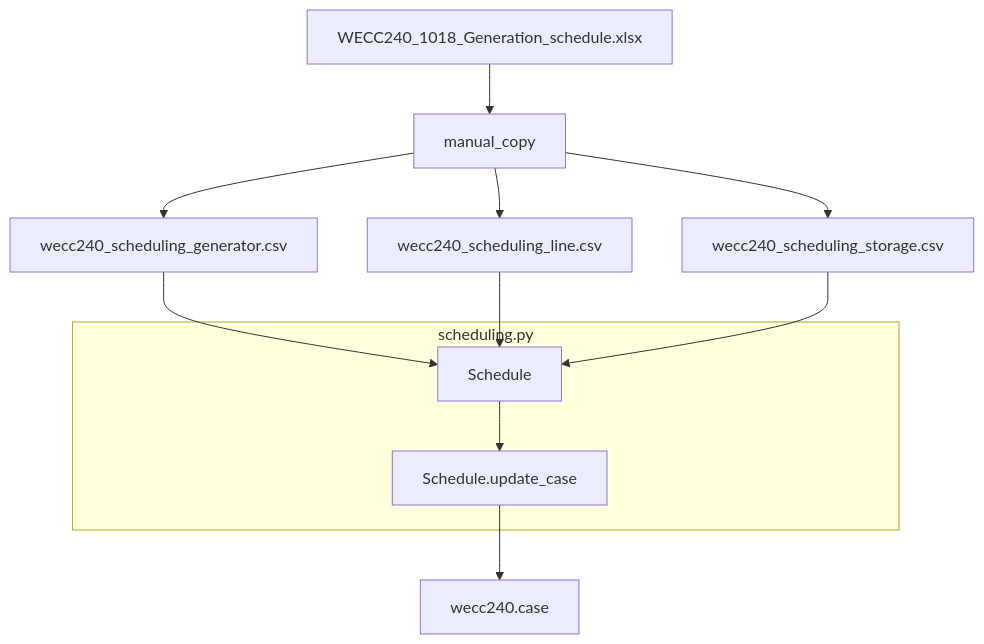
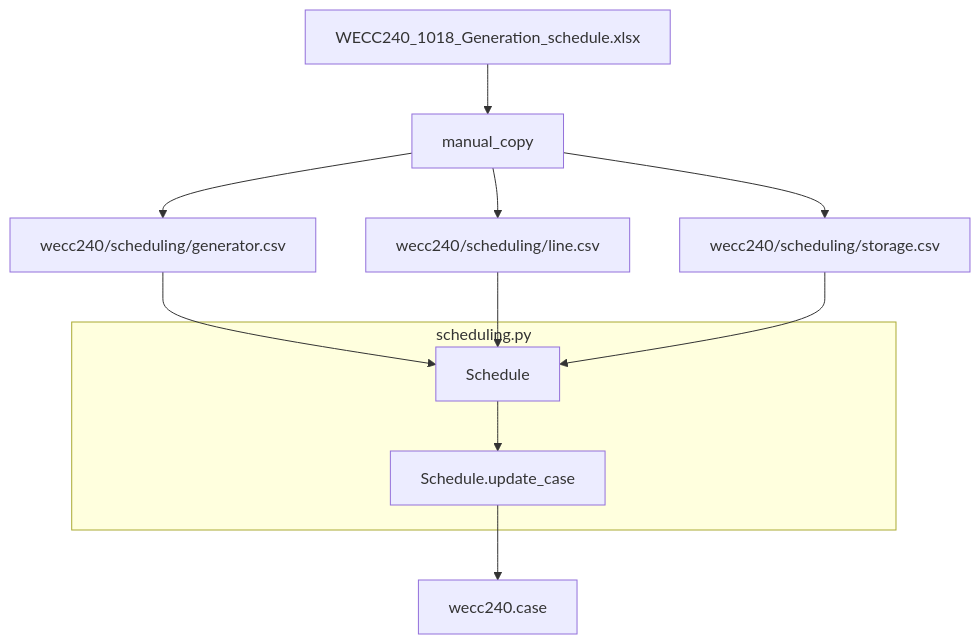
Before and after one commit to slacgismo/regrow: the fourth of 5 diagrams in pypower/README.md, drawn with Mermaid. The commit also changed other lines of this file, not shown here.

````diff
--- a/pypower/README.md
+++ b/pypower/README.md
@@ -209,19 +210,19 @@
 ```mermaid
 flowchart TD
 
     WECC240_1018_Generation_schedule.xlsx --> manual_copy
-    manual_copy --> wecc240_scheduling_generator.csv
-    manual_copy --> wecc240_scheduling_line.csv
-    manual_copy --> wecc240_scheduling_storage.csv
+    manual_copy --> wecc240/scheduling/generator.csv
+    manual_copy --> wecc240/scheduling/line.csv
+    manual_copy --> wecc240/scheduling/storage.csv
 
-    wecc240_scheduling_generator.csv --> Schedule
-    wecc240_scheduling_line.csv --> Schedule
-    wecc240_scheduling_storage.csv --> Schedule
+    wecc240/scheduling/generator.csv --> Schedule
+    wecc240/scheduling/line.csv --> Schedule
+    wecc240/scheduling/storage.csv --> Schedule
 
     subgraph scheduling.py
         Schedule --> Schedule.update_case
         Schedule.update_case
     end
 
     Schedule.update_case --> wecc240.case
 ```
````
